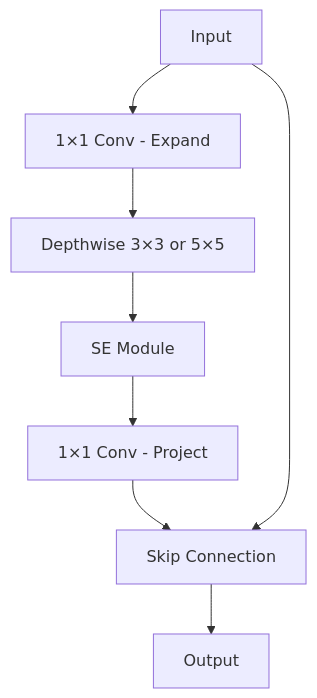
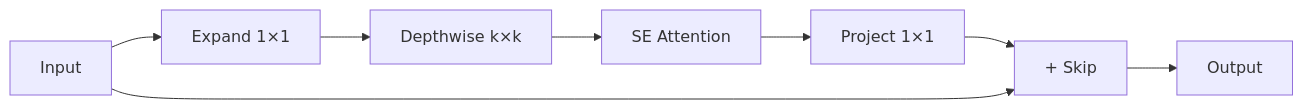
Before and after one commit to LCKYN/LCKYN-KnowledgeBase: the diagram in 10-19 Intelligence_Modeling/13_Deep_Learning_CV/13.04 EfficientNet.md, drawn with Mermaid. The commit also changed other lines of this file and 17 other files, not shown here.

````diff
--- a/10-19 Intelligence_Modeling/13_Deep_Learning_CV/13.04 EfficientNet.md
+++ b/10-19 Intelligence_Modeling/13_Deep_Learning_CV/13.04 EfficientNet.md
@@ -64,10 +60,10 @@
 ```mermaid
-graph TD
-    A[Input] --> B[1×1 Conv - Expand]
-    B --> C[Depthwise 3×3 or 5×5]
-    C --> D[SE Module]
-    D --> E[1×1 Conv - Project]
-    E --> F[Skip Connection]
+graph LR
+    A[Input] --> B[Expand 1×1]
+    B --> C[Depthwise k×k]
+    C --> D[SE Attention]
+    D --> E[Project 1×1]
+    E --> F[+ Skip]
     A --> F
     F --> G[Output]
 ```
````
